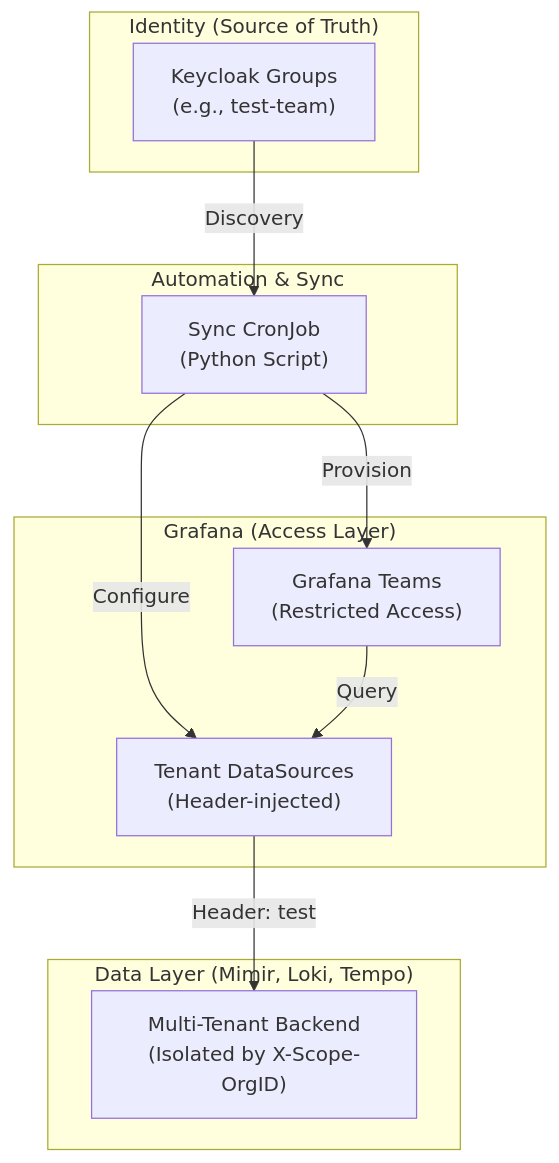
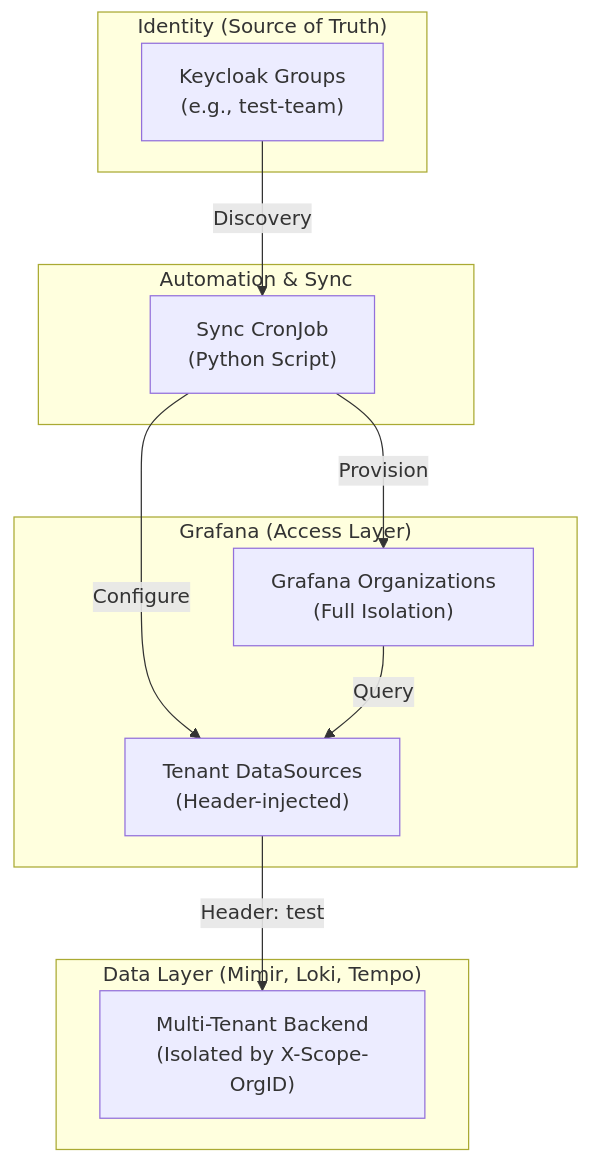
One commit to JOELNATHAN544/observability changed the diagram in docs/multi-tenancy-architecture.md. Above: the diagram before and after it, drawn with Mermaid. The commit also changed other lines of this file and 1 other file, not shown here.

First line of the commit message:
docs: cleanup multi-tenancy documentation and update architecture references

````diff
--- a/docs/multi-tenancy-architecture.md
+++ b/docs/multi-tenancy-architecture.md
@@ -11,25 +11,25 @@
 ```mermaid
 graph TD
     subgraph "Identity (Source of Truth)"
         KC["Keycloak Groups<br/>(e.g., test-team)"]
     end
 
     subgraph "Automation & Sync"
         SJ["Sync CronJob<br/>(Python Script)"]
     end
 
     subgraph "Grafana (Access Layer)"
-        GT["Grafana Teams<br/>(Restricted Access)"]
+        GT["Grafana Organizations<br/>(Full Isolation)"]
         DS["Tenant DataSources<br/>(Header-injected)"]
     end
 
     subgraph "Data Layer (Mimir, Loki, Tempo)"
         MD["Multi-Tenant Backend<br/>(Isolated by X-Scope-OrgID)"]
     end
 
     KC -->|Discovery| SJ
     SJ -->|Provision| GT
     SJ -->|Configure| DS
     GT -->|Query| DS
     DS -->|Header: test| MD
 ```
````
